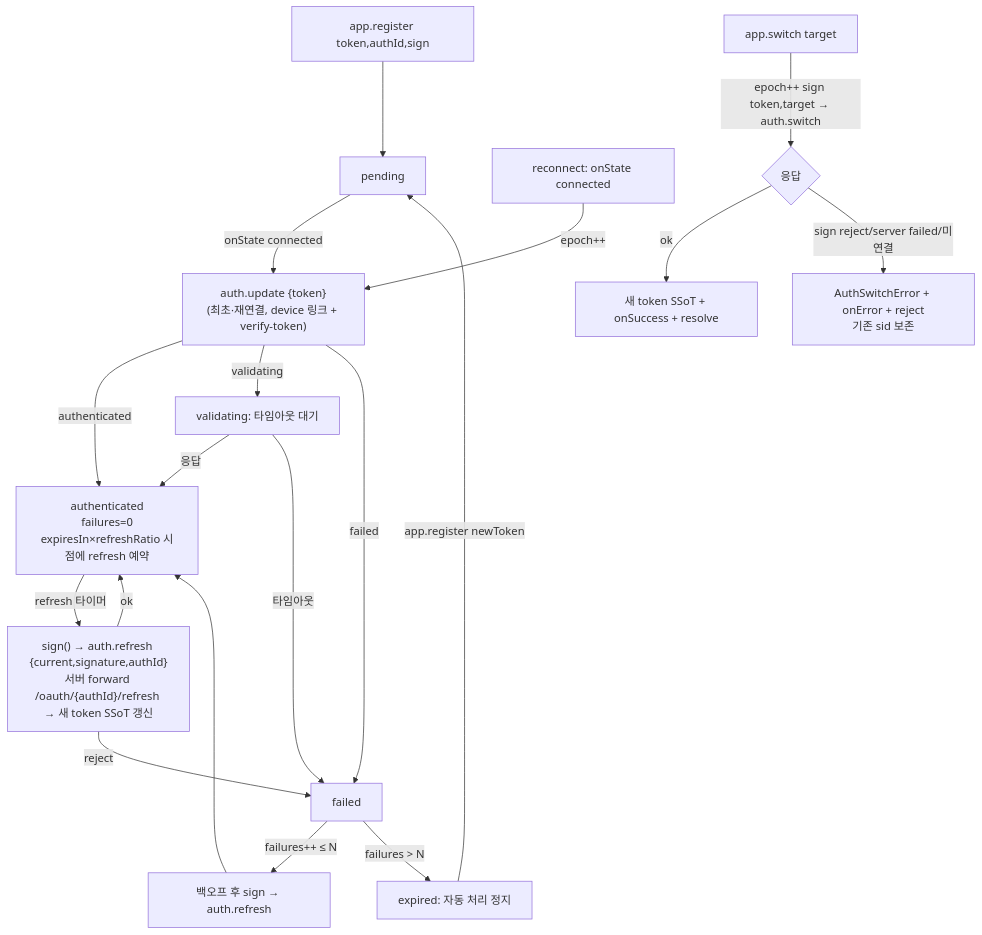
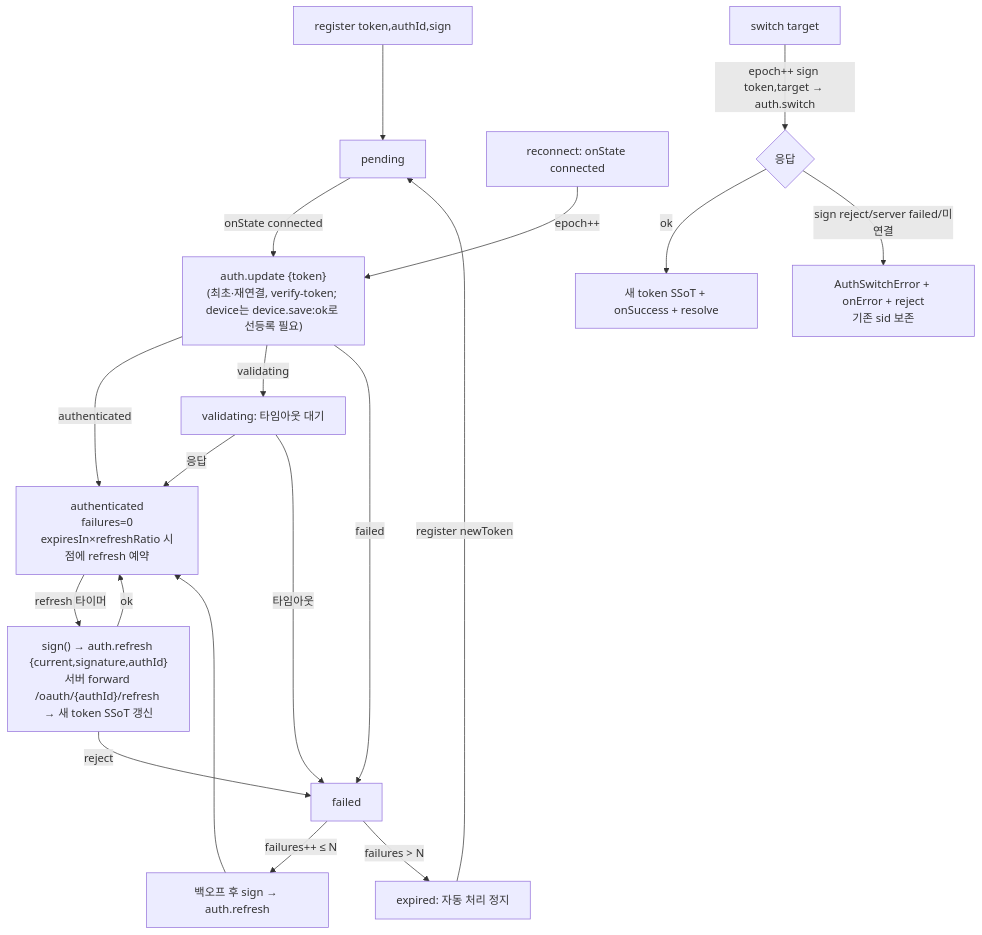
One commit to lemoncloud-io/dou-app changed the diagram in libs/app-runtime/docs/auth/README.md. Above: the diagram before and after it, drawn with Mermaid. The commit also changed other lines of this file and 5 other files, not shown here.

First line of the commit message:
fix(app-runtime/socket): gate auth.update on device.save:ok

````diff
--- a/libs/app-runtime/docs/auth/README.md
+++ b/libs/app-runtime/docs/auth/README.md
@@ -66,21 +136,21 @@
 ```mermaid
 flowchart TD
-    REG[app.register token,authId,sign] --> P[pending]
-    P -->|onState connected| U["auth.update {token}\n(최초·재연결, device 링크 + verify-token)"]
+    REG[register token,authId,sign] --> P[pending]
+    P -->|onState connected| U["auth.update {token}\n(최초·재연결, verify-token; device는 device.save:ok로 선등록 필요)"]
     RC[reconnect: onState connected] -->|epoch++| U
     U -->|authenticated| A["authenticated\nfailures=0\nexpiresIn×refreshRatio 시점에 refresh 예약"]
     U -->|validating| V[validating: 타임아웃 대기]
     U -->|failed| F[failed]
     A -->|refresh 타이머| RF["sign() → auth.refresh {current,signature,authId}\n서버 forward /oauth/{authId}/refresh → 새 token SSoT 갱신"]
     RF -->|ok| A
     RF -->|reject| F
     V -->|응답| A
     V -->|타임아웃| F
     F -->|failures++ ≤ N| BO["백오프 후 sign → auth.refresh"]
     BO --> A
     F -->|failures > N| EX[expired: 자동 처리 정지]
-    EX -->|app.register newToken| P
-    SW[app.switch target] -->|epoch++ sign token,target → auth.switch| SWR{응답}
+    EX -->|register newToken| P
+    SW[switch target] -->|epoch++ sign token,target → auth.switch| SWR{응답}
     SWR -->|ok| SOK[새 token SSoT + onSuccess + resolve]
     SWR -->|sign reject/server failed/미연결| SER[AuthSwitchError + onError + reject\n기존 sid 보존]
 ```
````
